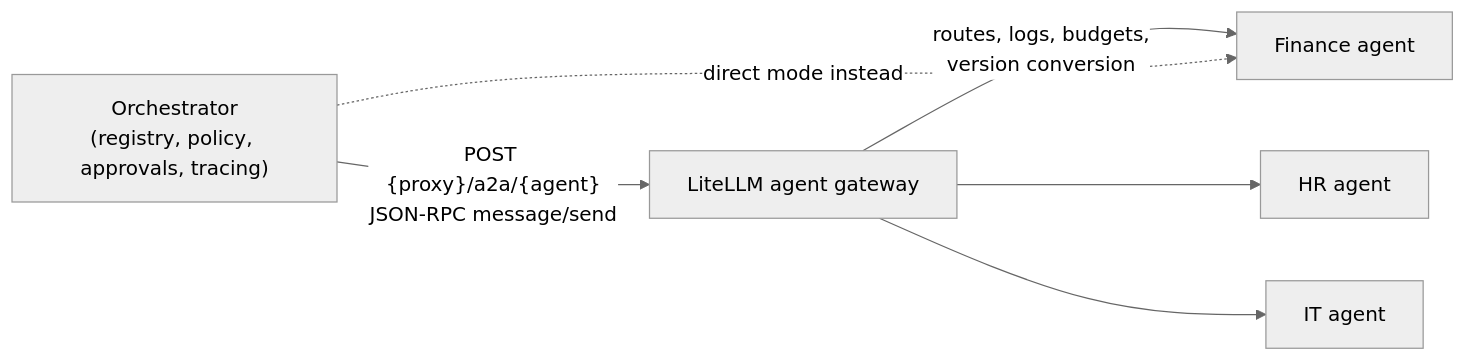
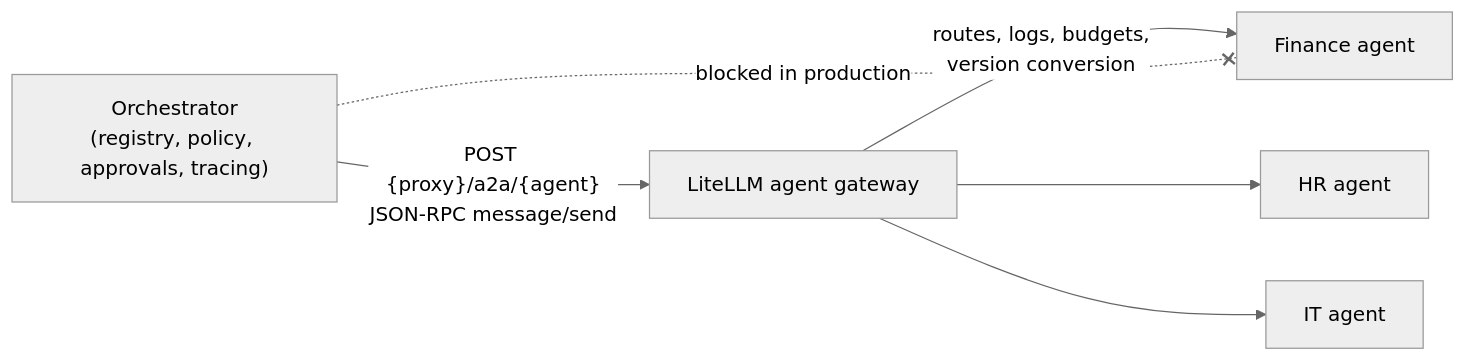
One commit to ranganadh8599/Alstom_AO changed the second of 2 diagrams in docs/litellm-a2a.md. Above: the diagram before and after it, drawn with Mermaid (neutral theme). The commit also changed other lines of this file and 19 other files, not shown here.

````diff
--- a/docs/litellm-a2a.md
+++ b/docs/litellm-a2a.md
@@ -11,8 +25,8 @@
 ```mermaid
 flowchart LR
     O["Orchestrator<br/>(registry, policy, approvals, tracing)"] -->|"POST {proxy}/a2a/{agent}<br/>JSON-RPC message/send"| L["LiteLLM agent gateway"]
     L -->|routes, logs, budgets,<br/>version conversion| A1["Finance agent"]
     L --> A2["HR agent"]
     L --> A3["IT agent"]
-    O -.->|"direct mode instead"| A1
+    O -. "blocked in production" .-x A1
 ```
````
